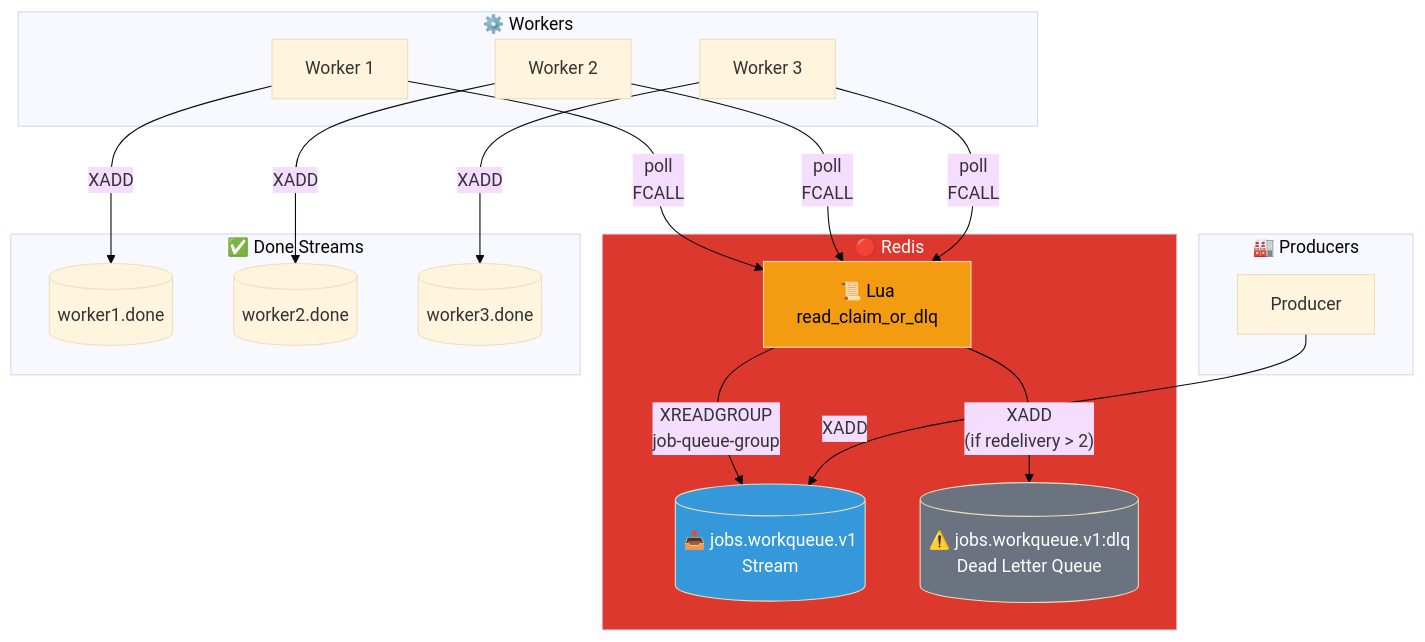
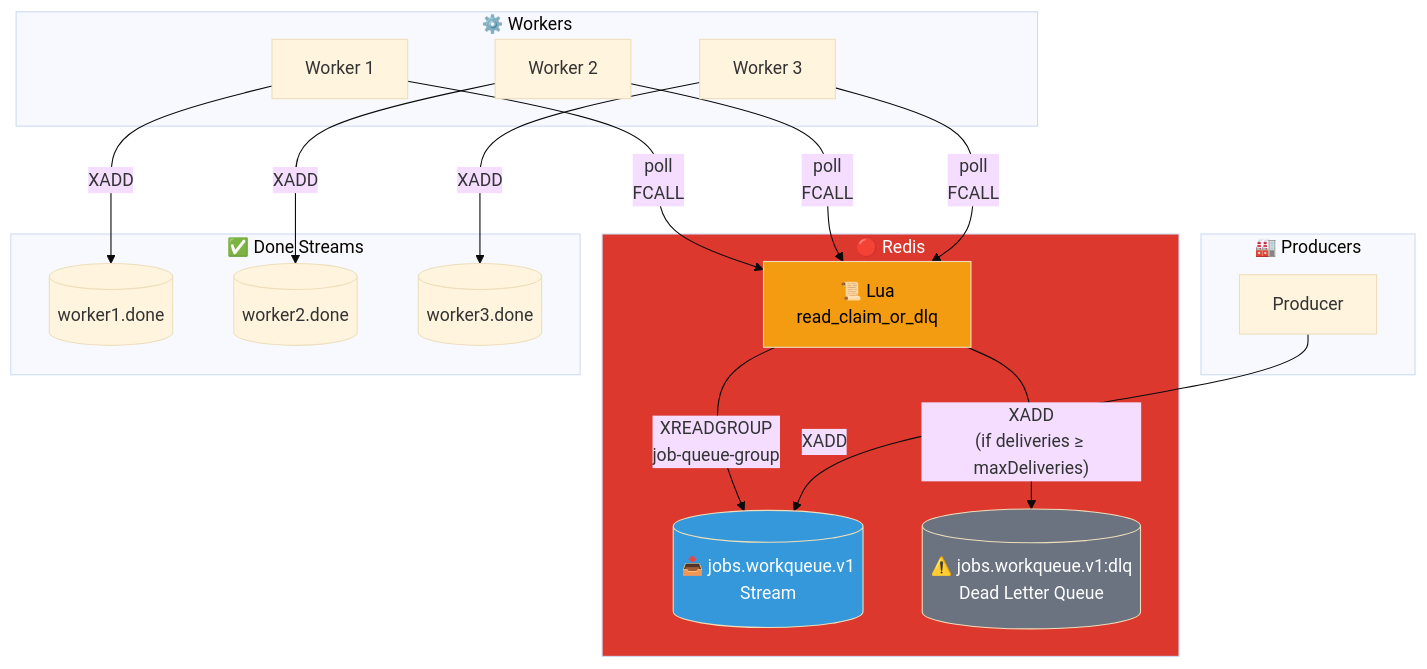
Before and after one commit to dev-mansonthomas/RedisMessagingPatternsWithJedis: the first of 2 diagrams in docs/diagrams/work-queue.md, drawn with Mermaid (base theme). The commit also changed 35 other files, not shown here.

````diff
--- a/docs/diagrams/work-queue.md
+++ b/docs/diagrams/work-queue.md
@@ -5,39 +5,39 @@
 ```mermaid
 flowchart TB
     subgraph Producers["🏭 Producers"]
         P1["Producer"]
     end
 
     subgraph Redis["🔴 Redis"]
         JS[("📥 jobs.workqueue.v1<br/>Stream")]
         DLQ[("⚠️ jobs.workqueue.v1:dlq<br/>Dead Letter Queue")]
         LUA["📜 Lua<br/>read_claim_or_dlq"]
         LUA -->|XREADGROUP<br/>job-queue-group| JS
-        LUA -->|"XADD<br/>(if redelivery > 2)"| DLQ
+        LUA -->|"XADD<br/>(if deliveries ≥ maxDeliveries)"| DLQ
     end
 
     subgraph Workers["⚙️ Workers"]
         W1["Worker 1"]
         W2["Worker 2"]
         W3["Worker 3"]
     end
 
     subgraph Done["✅ Done Streams"]
         D1[("worker1.done")]
         D2[("worker2.done")]
         D3[("worker3.done")]
     end
 
     P1 -->|XADD| JS
     W1 -->|"poll<br/>FCALL"| LUA
     W2 -->|"poll<br/>FCALL"| LUA
     W3 -->|"poll<br/>FCALL"| LUA
     W1 -->|XADD| D1
     W2 -->|XADD| D2
     W3 -->|XADD| D3
 
     style Redis fill:#dc382d,color:#fff
     style JS fill:#3498db,color:#fff
     style DLQ fill:#6b7280,color:#fff
     style LUA fill:#f39c12,color:#000
 ```
````
